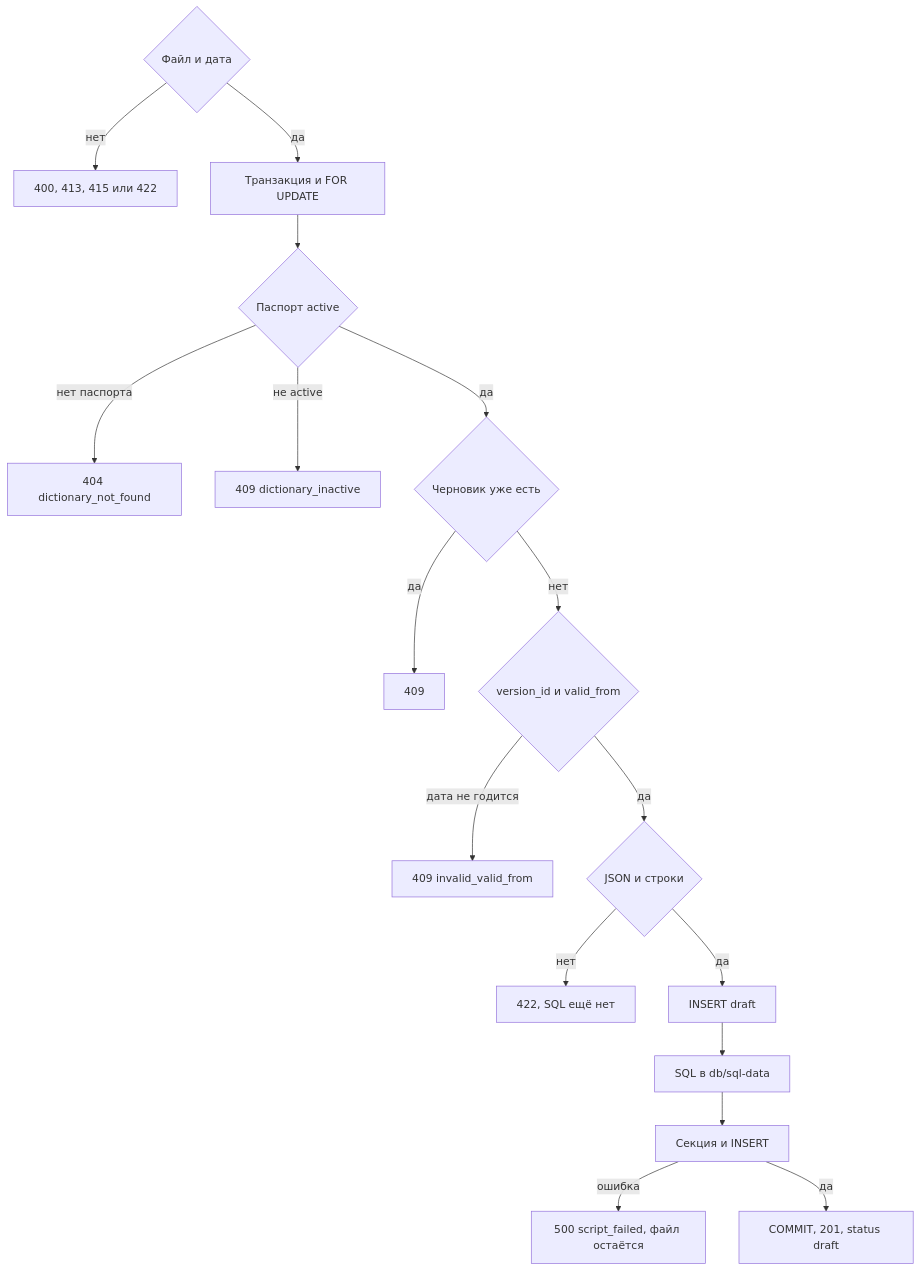
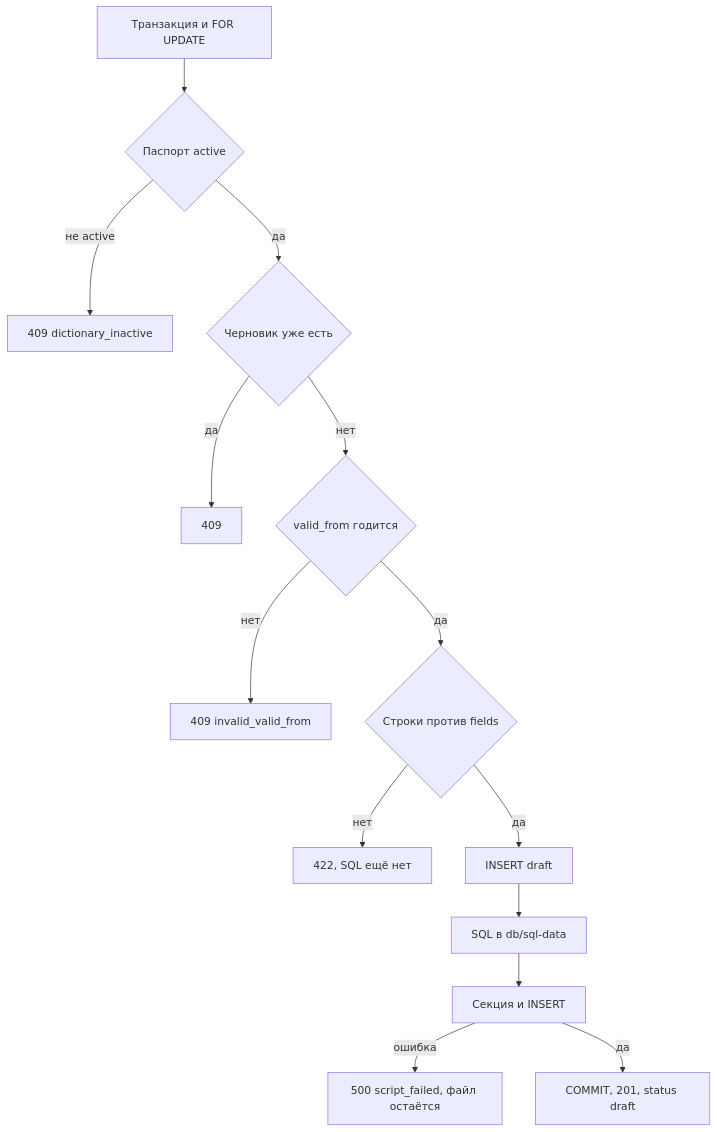
The diagram in docs/1. functional/v3/management.api/DataController/post_versions.md (StrannikE95/reference_data), drawn with Mermaid before and after one commit. The commit also changed other lines of this file and 8 other files, not shown here.

````diff
--- a/docs/1. functional/v3/management.api/DataController/post_versions.md
+++ b/docs/1. functional/v3/management.api/DataController/post_versions.md
@@ -111,19 +111,16 @@
 ```mermaid
 flowchart TD
-  edge{"Файл и дата"} -->|нет| http["400, 413, 415 или 422"]
-  edge -->|да| lock["Транзакция и FOR UPDATE"]
-  lock --> pas{"Паспорт active"}
-  pas -->|нет паспорта| d404["404 dictionary_not_found"]
+  lock["Транзакция и FOR UPDATE"] --> pas{"Паспорт active"}
   pas -->|не active| ina["409 dictionary_inactive"]
   pas -->|да| one{"Черновик уже есть"}
   one -->|да| d409["409"]
-  one -->|нет| num{"version_id и valid_from"}
-  num -->|дата не годится| date["409 invalid_valid_from"]
-  num -->|да| json{"JSON и строки"}
-  json -->|нет| v422["422, SQL ещё нет"]
-  json -->|да| draft["INSERT draft"]
+  one -->|нет| num{"valid_from годится"}
+  num -->|нет| date["409 invalid_valid_from"]
+  num -->|да| rows{"Строки против fields"}
+  rows -->|нет| v422["422, SQL ещё нет"]
+  rows -->|да| draft["INSERT draft"]
   draft --> sql["SQL в db/sql-data"]
   sql --> run["Секция и INSERT"]
   run -->|ошибка| fail["500 script_failed, файл остаётся"]
   run -->|да| done["COMMIT, 201, status draft"]
 ```
````
